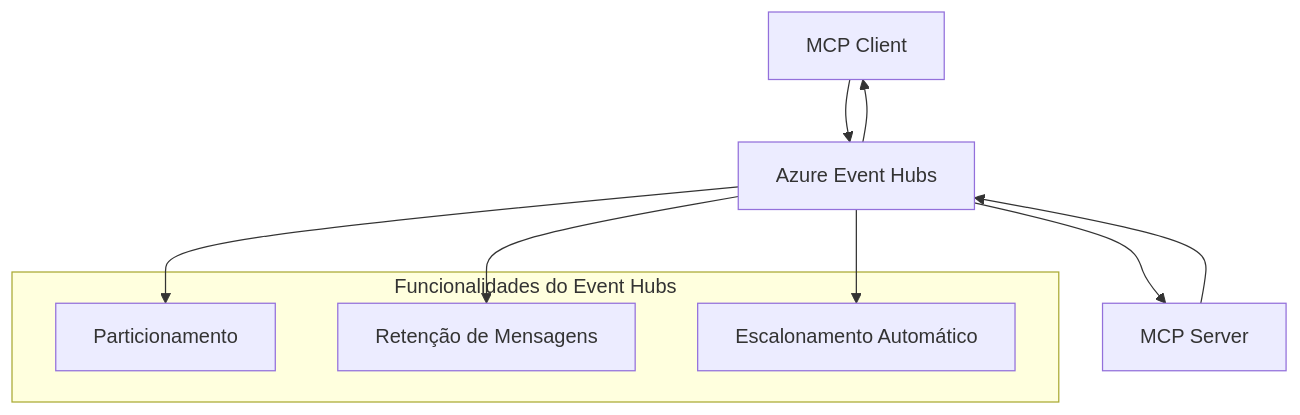
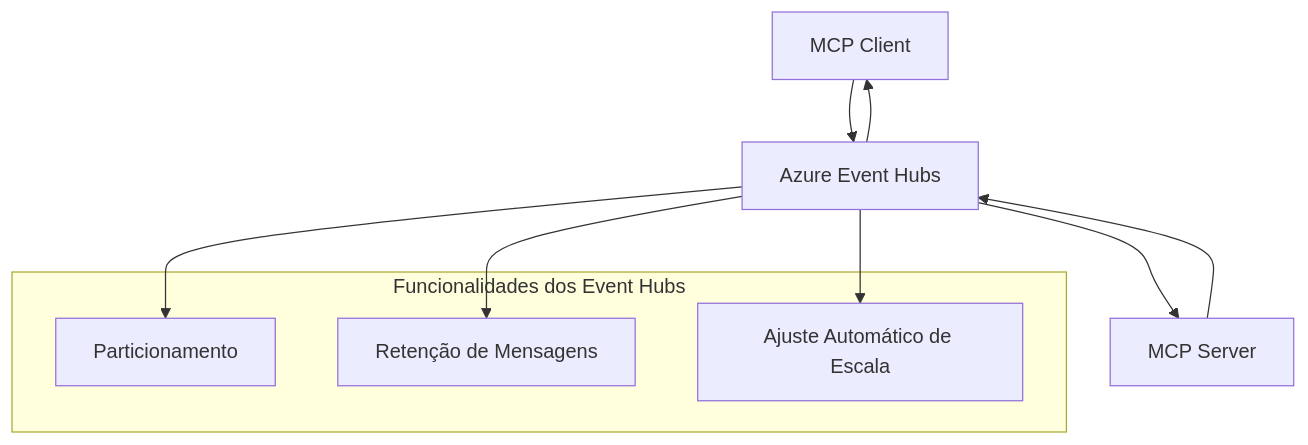
Before and after one commit to HIDORAKAI002/ai-workspace-archive: the second of 2 diagrams in mcp_ecosystem__model_context_protocol/mcp_learning_resources/mcp-for-beginners/translations/pt-PT/05-AdvancedTopics/mcp-transport/README.md, drawn with Mermaid. The commit also changed other lines of this file and 1539 other files, not shown here.

````diff
--- a/mcp_ecosystem__model_context_protocol/mcp_learning_resources/mcp-for-beginners/translations/pt-PT/05-AdvancedTopics/mcp-transport/README.md
+++ b/mcp_ecosystem__model_context_protocol/mcp_learning_resources/mcp-for-beginners/translations/pt-PT/05-AdvancedTopics/mcp-transport/README.md
@@ -269,17 +270,17 @@
 ```mermaid
 graph TB
     Client[MCP Client] --> EH[Azure Event Hubs]
     EH --> Server[MCP Server]
     Server --> EH
     EH --> Client
     
-    subgraph "Funcionalidades do Event Hubs"
+    subgraph "Funcionalidades dos Event Hubs"
         Partition[Particionamento]
         Retention[Retenção de Mensagens]
-        Scaling[Escalonamento Automático]
+        Scaling[Ajuste Automático de Escala]
     end
     
     EH --> Partition
     EH --> Retention
     EH --> Scaling
 ```
````
